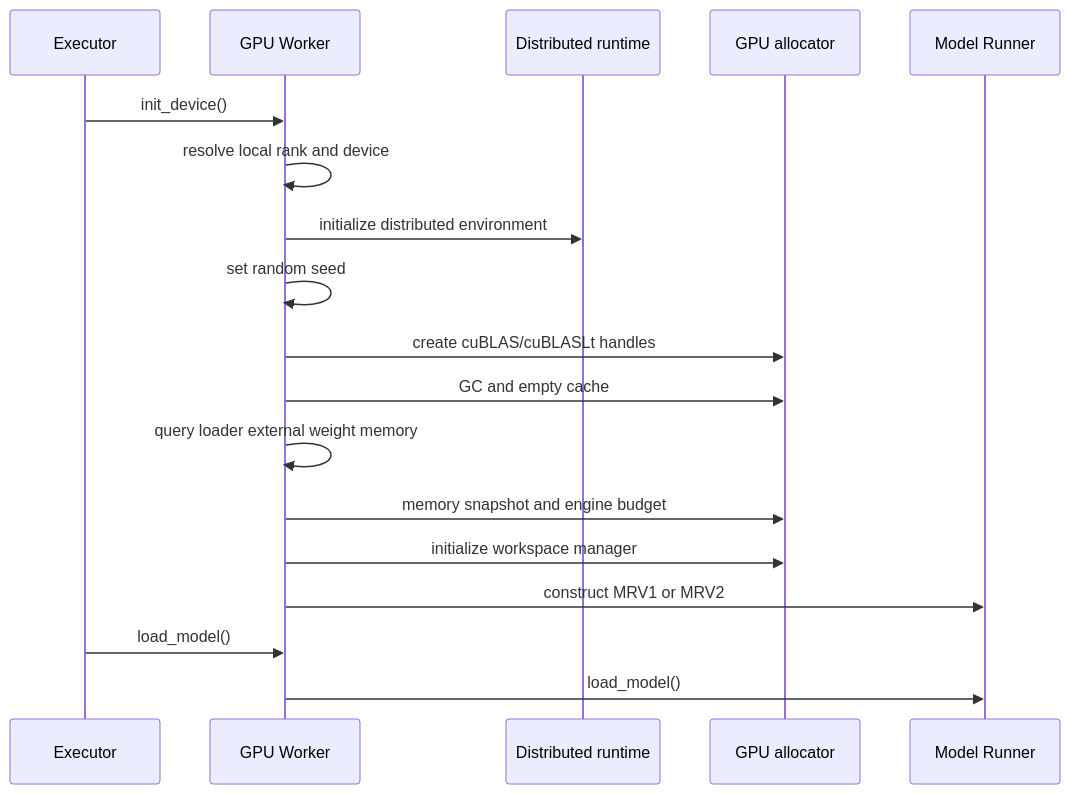
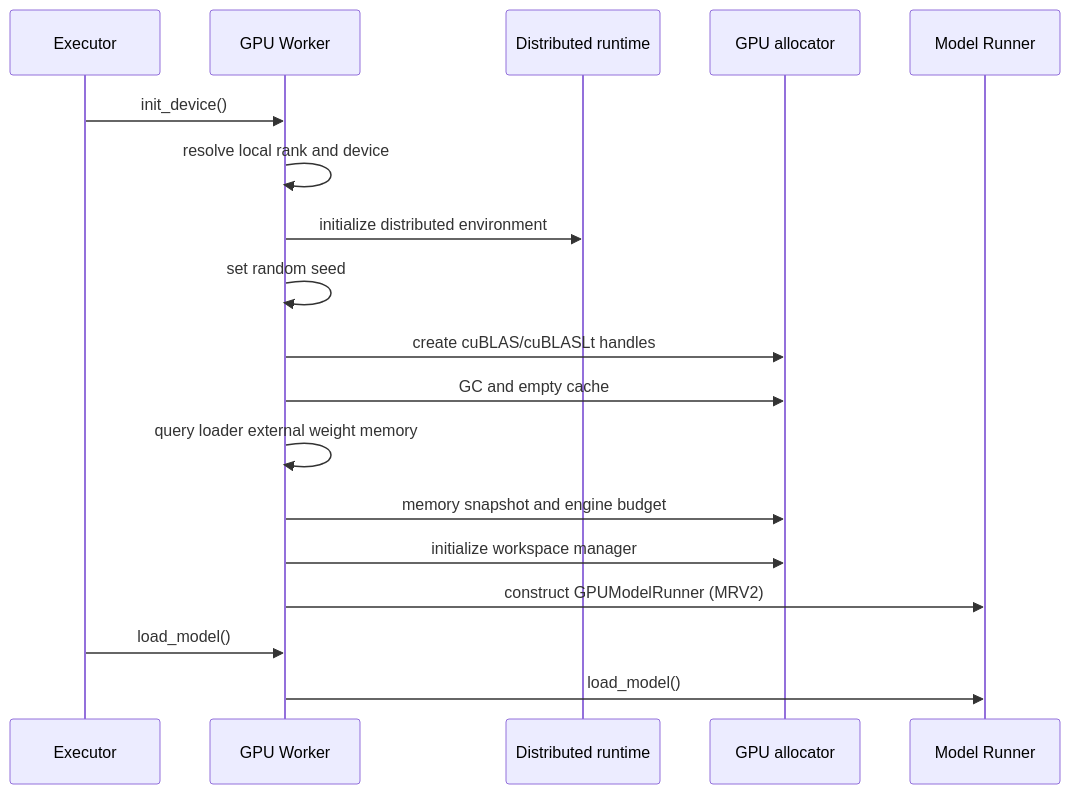
One commit to cluster1900/vllm_reader changed diagram 12 of 41 in book/07-model-execution/README.md. Above: the diagram before and after it, drawn with Mermaid. The commit also changed other lines of this file and 2 other files, not shown here.

Commit message:
ch07: rewrite MRV1-dependent sections to the MRV2-only path at 05caae03 (7.2, 7.6.2, 7.12, 7.16, 7.18, 7.19, 7.22, tests/experiments)

````diff
--- a/book/07-model-execution/README.md
+++ b/book/07-model-execution/README.md
@@ -461,20 +475,20 @@
 ```mermaid
 sequenceDiagram
     participant E as Executor
     participant W as GPU Worker
     participant D as Distributed runtime
     participant G as GPU allocator
     participant R as Model Runner
     E->>W: init_device()
     W->>W: resolve local rank and device
     W->>D: initialize distributed environment
     W->>W: set random seed
     W->>G: create cuBLAS/cuBLASLt handles
     W->>G: GC and empty cache
     W->>W: query loader external weight memory
     W->>G: memory snapshot and engine budget
     W->>G: initialize workspace manager
-    W->>R: construct MRV1 or MRV2
+    W->>R: construct GPUModelRunner (MRV2)
     E->>W: load_model()
     W->>R: load_model()
 ```
````
